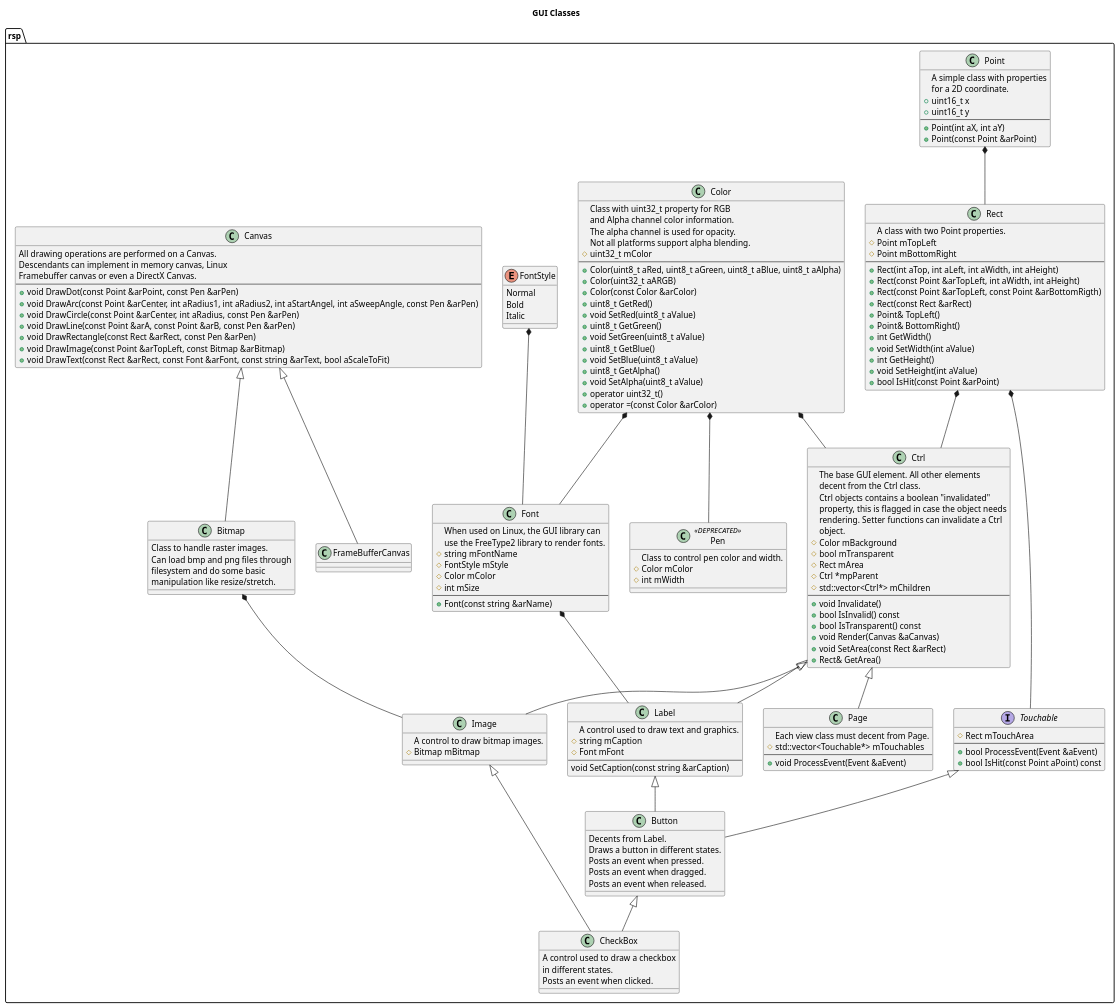
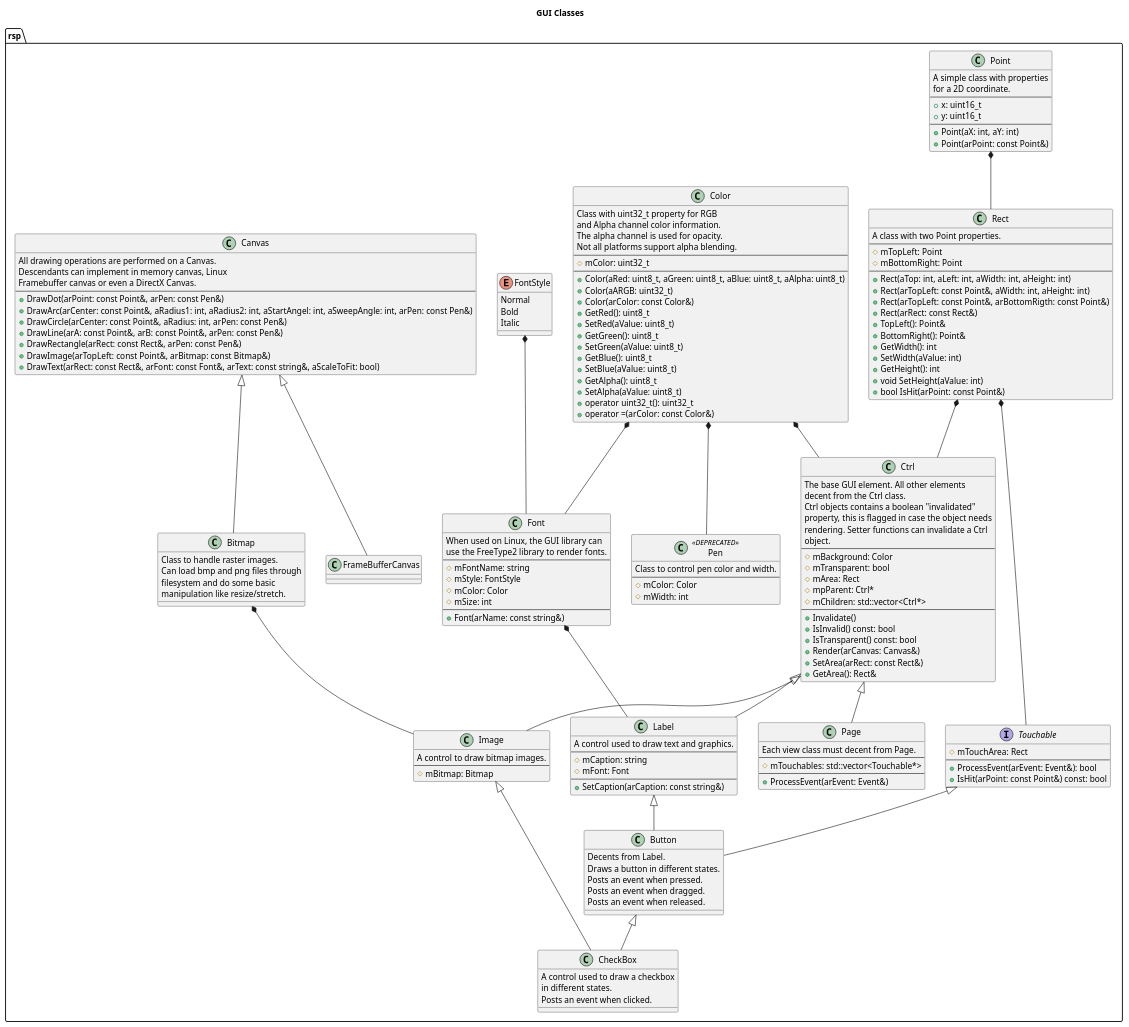
One commit to rsps/rsp-core-library changed the diagram in docs/uml/GUI Classes.puml. Above: the diagram before and after it, drawn with PlantUML. The commit also changed 3 other files, not shown here.

```diff
--- a/docs/uml/GUI Classes.puml
+++ b/docs/uml/GUI Classes.puml
@@ -1,185 +1,194 @@
 @startuml
 
 title GUI Classes
 
 namespace rsp {
 
 class Point {
     A simple class with properties\nfor a 2D coordinate.
-    +uint16_t x
-    +uint16_t y
 --
-    +Point(int aX, int aY)
-    +Point(const Point &arPoint)
+    +x: uint16_t
+    +y: uint16_t
+--
+    +Point(aX: int, aY: int)
+    +Point(arPoint: const Point&)
 }
 
 class Rect {
     A class with two Point properties.
-    #Point mTopLeft
-    #Point mBottomRight
 --
-    +Rect(int aTop, int aLeft, int aWidth, int aHeight)
-    +Rect(const Point &arTopLeft, int aWidth, int aHeight)
-    +Rect(const Point &arTopLeft, const Point &arBottomRigth)
-    +Rect(const Rect &arRect)
-    +Point& TopLeft()
-    +Point& BottomRight()
-    +int GetWidth()
-    +void SetWidth(int aValue)
-    +int GetHeight()
-    +void SetHeight(int aValue)
-    +bool IsHit(const Point &arPoint)
+    #mTopLeft: Point
+    #mBottomRight: Point
+--
+    +Rect(aTop: int, aLeft: int, aWidth: int, aHeight: int)
+    +Rect(arTopLeft: const Point&, aWidth: int, aHeight: int)
+    +Rect(arTopLeft: const Point&, arBottomRigth: const Point&)
+    +Rect(arRect: const Rect&)
+    +TopLeft(): Point&
+    +BottomRight(): Point&
+    +GetWidth(): int
+    +SetWidth(aValue: int)
+    +GetHeight(): int
+    +void SetHeight(aValue: int)
+    +bool IsHit(arPoint: const Point&)
 }
 Point *-- Rect
 
 class Color {
     Class with uint32_t property for RGB
     and Alpha channel color information.
     The alpha channel is used for opacity.
     Not all platforms support alpha blending.
-    #uint32_t mColor
 --
-    +Color(uint8_t aRed, uint8_t aGreen, uint8_t aBlue, uint8_t aAlpha)
-    +Color(uint32_t aARGB)
-    +Color(const Color &arColor)
-    +uint8_t GetRed()
-    +void SetRed(uint8_t aValue)
-    +uint8_t GetGreen()
-    +void SetGreen(uint8_t aValue)
-    +uint8_t GetBlue()
-    +void SetBlue(uint8_t aValue)
-    +uint8_t GetAlpha()
-    +void SetAlpha(uint8_t aValue)
-    +operator uint32_t()
-    +operator =(const Color &arColor)
+    #mColor: uint32_t
+--
+    +Color(aRed: uint8_t, aGreen: uint8_t, aBlue: uint8_t, aAlpha: uint8_t)
+    +Color(aARGB: uint32_t)
+    +Color(arColor: const Color&)
+    +GetRed(): uint8_t
+    +SetRed(aValue: uint8_t)
+    +GetGreen(): uint8_t
+    +SetGreen(aValue: uint8_t)
+    +GetBlue(): uint8_t
+    +SetBlue(aValue: uint8_t)
+    +GetAlpha(): uint8_t
+    +SetAlpha(aValue: uint8_t)
+    +operator uint32_t(): uint32_t
+    +operator =(arColor: const Color&)
 }
 
 enum FontStyle {
     Normal
     Bold
     Italic
 }
 
 class Font {
     When used on Linux, the GUI library can
     use the FreeType2 library to render fonts.
-    #string mFontName
-    #FontStyle mStyle
-    #Color mColor
-    #int mSize
 --
-    +Font(const string &arName)
+    #mFontName: string
+    #mStyle: FontStyle
+    #mColor: Color
+    #mSize: int
+--
+    +Font(arName: const string&)
 }
 FontStyle *-- Font
 Color *-- Font
 
 class Pen <<DEPRECATED>> {
     Class to control pen color and width.
-    #Color mColor
-    #int mWidth
+--
+    #mColor: Color
+    #mWidth: int
 }
 Color *-- Pen
 
 class Bitmap {
     Class to handle raster images.
     Can load bmp and png files through
     filesystem and do some basic
     manipulation like resize/stretch.
 }
 
 class Canvas {
     All drawing operations are performed on a Canvas.
     Descendants can implement in memory canvas, Linux
     Framebuffer canvas or even a DirectX Canvas.
 --
-    +void DrawDot(const Point &arPoint, const Pen &arPen)
-    +void DrawArc(const Point &arCenter, int aRadius1, int aRadius2, int aStartAngel, int aSweepAngle, const Pen &arPen)
-    +void DrawCircle(const Point &arCenter, int aRadius, const Pen &arPen)
-    +void DrawLine(const Point &arA, const Point &arB, const Pen &arPen)
-    +void DrawRectangle(const Rect &arRect, const Pen &arPen)
-    +void DrawImage(const Point &arTopLeft, const Bitmap &arBitmap)
-    +void DrawText(const Rect &arRect, const Font &arFont, const string &arText, bool aScaleToFit)
+    +DrawDot(arPoint: const Point&, arPen: const Pen&)
+    +DrawArc(arCenter: const Point&, aRadius1: int, aRadius2: int, aStartAngel: int, aSweepAngle: int, arPen: const Pen&)
+    +DrawCircle(arCenter: const Point&, aRadius: int, arPen: const Pen&)
+    +DrawLine(arA: const Point&, arB: const Point&, arPen: const Pen&)
+    +DrawRectangle(arRect: const Rect&, arPen: const Pen&)
+    +DrawImage(arTopLeft: const Point&, arBitmap: const Bitmap&)
+    +DrawText(arRect: const Rect&, arFont: const Font&, arText: const string&, aScaleToFit: bool)
 }
 Canvas <|-- Bitmap
 
 class FrameBufferCanvas {
 }
 Canvas <|-- FrameBufferCanvas
 
 interface Touchable {
-    #Rect mTouchArea
+    #mTouchArea: Rect
 --
-    +bool ProcessEvent(Event &aEvent)
-    +bool IsHit(const Point aPoint) const
+    +ProcessEvent(arEvent: Event&): bool
+    +IsHit(arPoint: const Point&) const: bool
 }
 Rect *-- Touchable
 
 class Ctrl {
     The base GUI element. All other elements
     decent from the Ctrl class.
     Ctrl objects contains a boolean "invalidated"
     property, this is flagged in case the object needs
     rendering. Setter functions can invalidate a Ctrl
     object.
-    #Color mBackground
-    #bool mTransparent
-    #Rect mArea
-    #Ctrl *mpParent
-    #std::vector<Ctrl*> mChildren
 --
-    +void Invalidate()
-    +bool IsInvalid() const
-    +bool IsTransparent() const
-    +void Render(Canvas &aCanvas)
-    +void SetArea(const Rect &arRect)
-    +Rect& GetArea()
+    #mBackground: Color
+    #mTransparent: bool
+    #mArea: Rect
+    #mpParent: Ctrl*
+    #mChildren: std::vector<Ctrl*>
+--
+    +Invalidate()
+    +IsInvalid() const: bool
+    +IsTransparent() const: bool
+    +Render(arCanvas: Canvas&)
+    +SetArea(arRect: const Rect&)
+    +GetArea(): Rect&
 }
 Color *-- Ctrl
 Rect *-- Ctrl
 
 class Page {
     Each view class must decent from Page.
-    #std::vector<Touchable*> mTouchables
 --
-    +void ProcessEvent(Event &aEvent)
+    #mTouchables: std::vector<Touchable*>
+--
+    +ProcessEvent(arEvent: Event&)
 }
 Ctrl <|-- Page 
 
 class Image {
     A control to draw bitmap images.
-    #Bitmap mBitmap
+--
+    #mBitmap: Bitmap
 }
 Ctrl <|-- Image
 Bitmap *-- Image
 
 class Label {
     A control used to draw text and graphics.
-    #string mCaption
-    #Font mFont
 --
-    void SetCaption(const string &arCaption)
+    #mCaption: string
+    #mFont: Font
+--
+    +SetCaption(arCaption: const string&)
 }
 Ctrl <|-- Label
 Font *-- Label
 
 class Button {
     Decents from Label.
     Draws a button in different states.
     Posts an event when pressed.
     Posts an event when dragged.
     Posts an event when released.
 }
 Label <|-- Button
 Touchable <|-- Button
 
 class CheckBox {
     A control used to draw a checkbox
     in different states.
     Posts an event when clicked.
 }
 Button <|-- CheckBox
 Image <|-- CheckBox
 
 }
 
 @enduml
```
